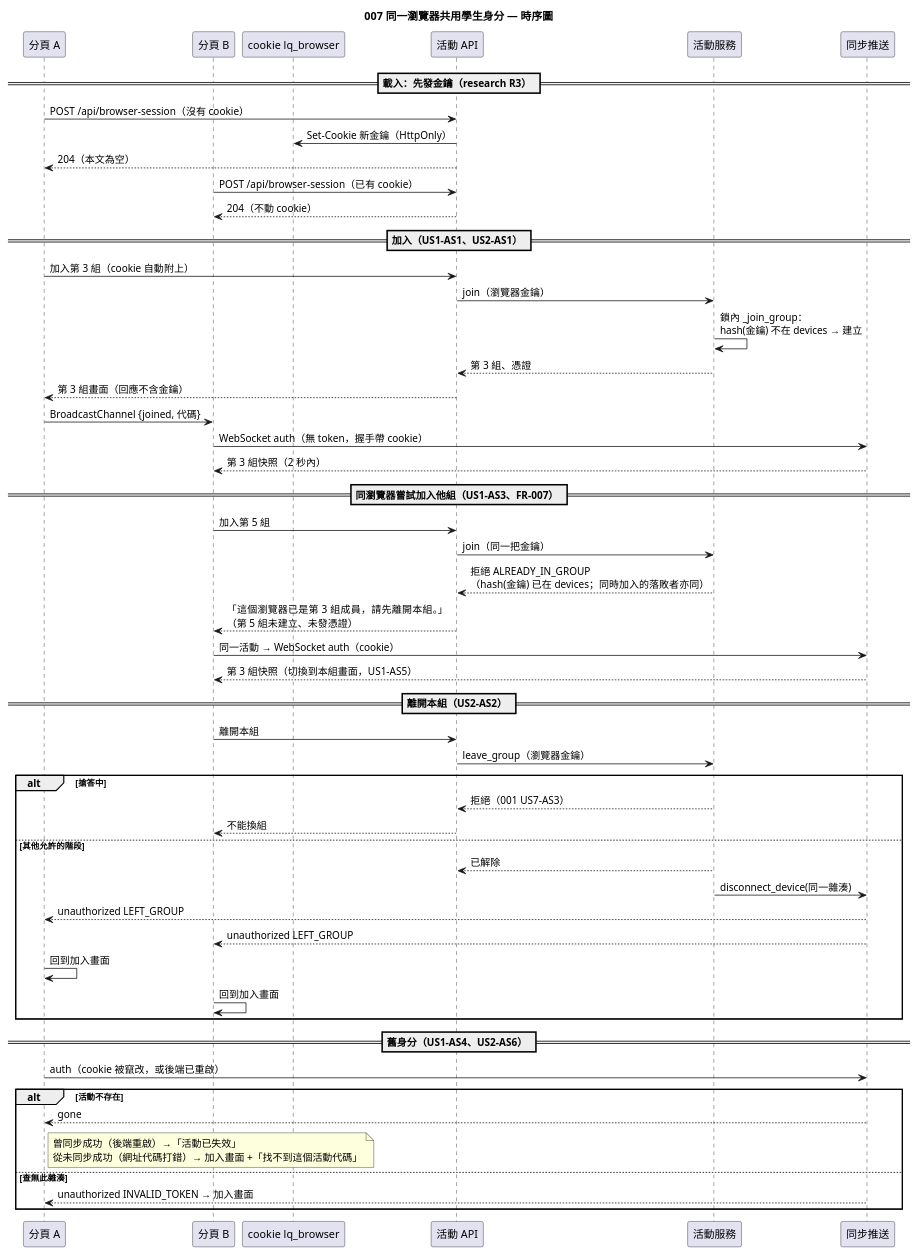
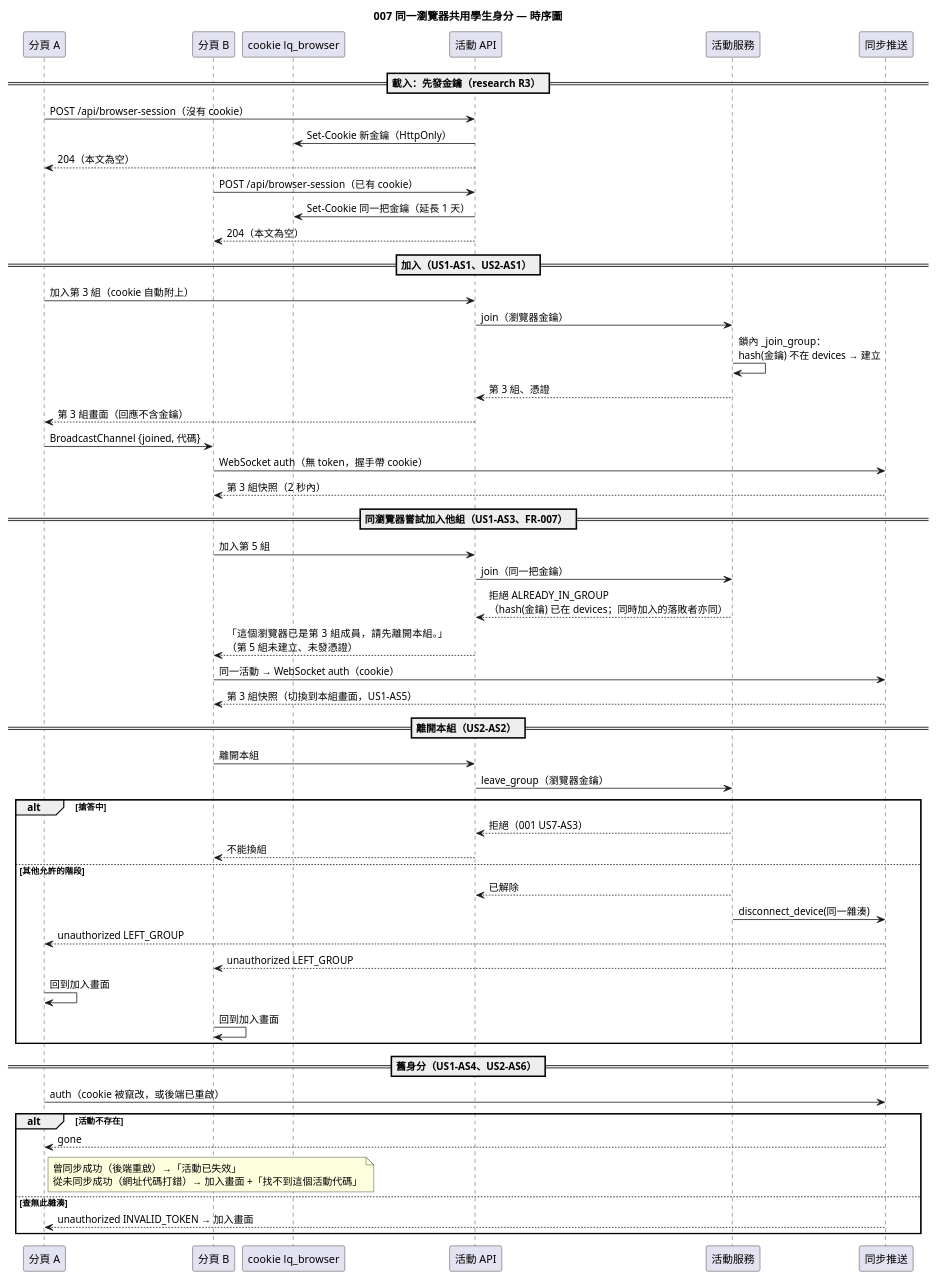
One commit to EricC430/lecture-answer-first_group16_speckit changed the diagram in diagrams/007-browser-identity-sync-sequence.puml. Above: the diagram before and after it, drawn with PlantUML. The commit also changed 17 other files, not shown here.

```diff
--- a/diagrams/007-browser-identity-sync-sequence.puml
+++ b/diagrams/007-browser-identity-sync-sequence.puml
@@ -1,64 +1,65 @@
 @startuml 007-browser-identity-sync-sequence
 !pragma layout smetana
 skinparam defaultFontName "Microsoft JhengHei"
 title 007 同一瀏覽器共用學生身分 — 時序圖
 
 participant "分頁 A" as A
 participant "分頁 B" as B
 participant "cookie lq_browser" as Store
 participant "活動 API" as Api
 participant "活動服務" as Svc
 participant "同步推送" as Sync
 
 == 載入：先發金鑰（research R3） ==
 A -> Api : POST /api/browser-session（沒有 cookie）
 Api -> Store : Set-Cookie 新金鑰（HttpOnly）
 Api --> A : 204（本文為空）
 B -> Api : POST /api/browser-session（已有 cookie）
-Api --> B : 204（不動 cookie）
+Api -> Store : Set-Cookie 同一把金鑰（延長 1 天）
+Api --> B : 204（本文為空）
 
 == 加入（US1-AS1、US2-AS1） ==
 A -> Api : 加入第 3 組（cookie 自動附上）
 Api -> Svc : join（瀏覽器金鑰）
 Svc -> Svc : 鎖內 _join_group：\nhash(金鑰) 不在 devices → 建立
 Svc --> Api : 第 3 組、憑證
 Api --> A : 第 3 組畫面（回應不含金鑰）
 A -> B : BroadcastChannel {joined, 代碼}
 B -> Sync : WebSocket auth（無 token，握手帶 cookie）
 Sync --> B : 第 3 組快照（2 秒內）
 
 == 同瀏覽器嘗試加入他組（US1-AS3、FR-007） ==
 B -> Api : 加入第 5 組
 Api -> Svc : join（同一把金鑰）
 Svc --> Api : 拒絕 ALREADY_IN_GROUP\n（hash(金鑰) 已在 devices；同時加入的落敗者亦同）
 Api --> B : 「這個瀏覽器已是第 3 組成員，請先離開本組。」\n（第 5 組未建立、未發憑證）
 B -> Sync : 同一活動 → WebSocket auth（cookie）
 Sync --> B : 第 3 組快照（切換到本組畫面，US1-AS5）
 
 == 離開本組（US2-AS2） ==
 B -> Api : 離開本組
 Api -> Svc : leave_group（瀏覽器金鑰）
 alt 搶答中
   Svc --> Api : 拒絕（001 US7-AS3）
   Api --> B : 不能換組
 else 其他允許的階段
   Svc --> Api : 已解除
   Svc -> Sync : disconnect_device(同一雜湊)
   Sync --> A : unauthorized LEFT_GROUP
   Sync --> B : unauthorized LEFT_GROUP
   A -> A : 回到加入畫面
   B -> B : 回到加入畫面
 end
 
 == 舊身分（US1-AS4、US2-AS6） ==
 A -> Sync : auth（cookie 被竄改，或後端已重啟）
 alt 活動不存在
   Sync --> A : gone
   note right of A
     曾同步成功（後端重啟）→「活動已失效」
     從未同步成功（網址代碼打錯）→ 加入畫面 +「找不到這個活動代碼」
   end note
 else 查無此雜湊
   Sync --> A : unauthorized INVALID_TOKEN → 加入畫面
 end
 @enduml
```
